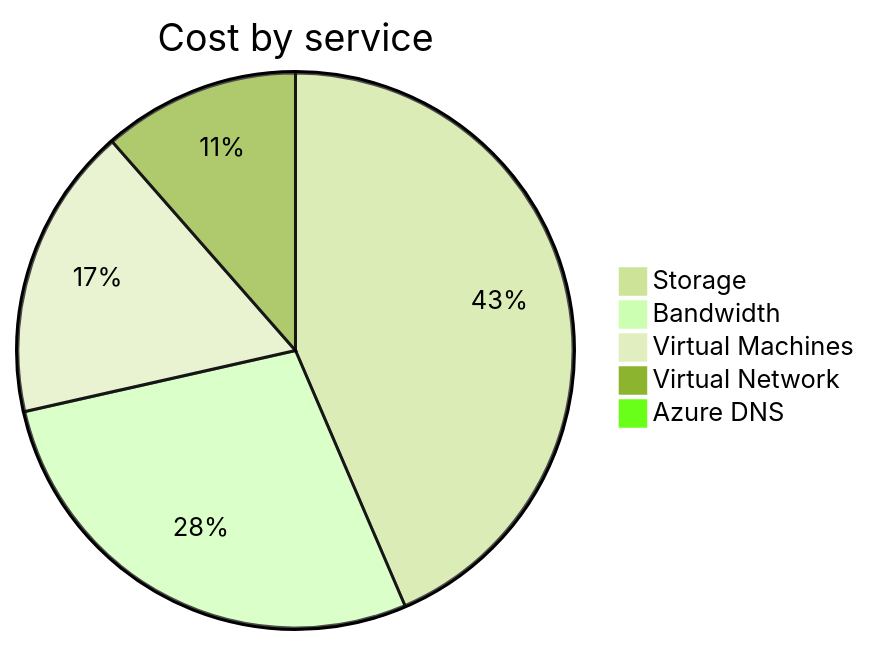
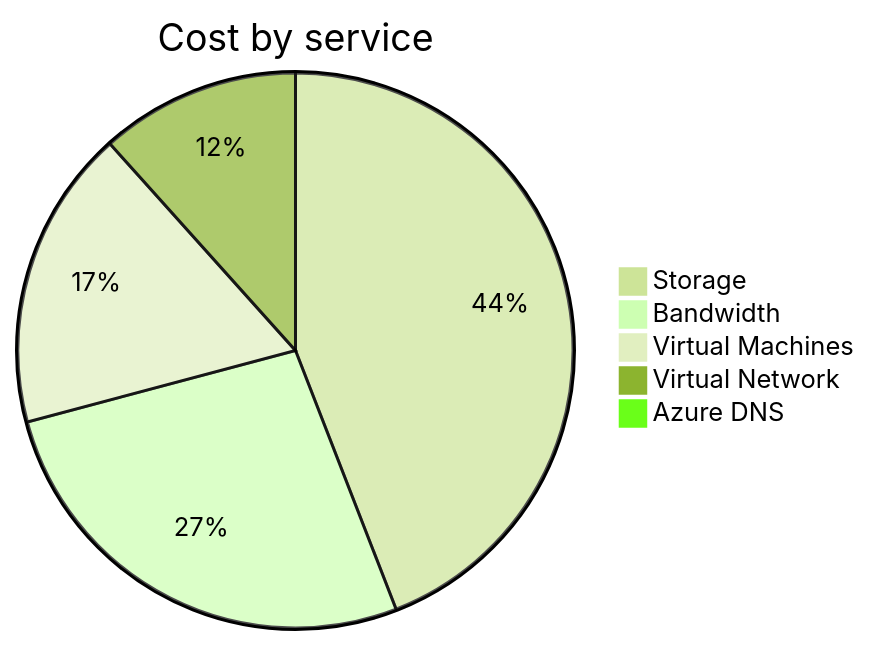
Before and after one commit to jpfulton/azure-personal-reports: the second of 4 diagrams in cost-reports/personal-network/README.md, drawn with Mermaid (forest theme). The commit also changed other lines of this file and 8 other files, not shown here.

````diff
--- a/cost-reports/personal-network/README.md
+++ b/cost-reports/personal-network/README.md
@@ -95,9 +95,9 @@
 ```mermaid
 pie
    title Cost by service
-   "Storage" : 12.73
+   "Storage" : 13.45
    "Bandwidth" : 8.16
-   "Virtual Machines" : 4.99
-   "Virtual Network" : 3.35
-   "Azure DNS" : 0.23
+   "Virtual Machines" : 5.34
+   "Virtual Network" : 3.55
+   "Azure DNS" : 0.24
 ```
````
